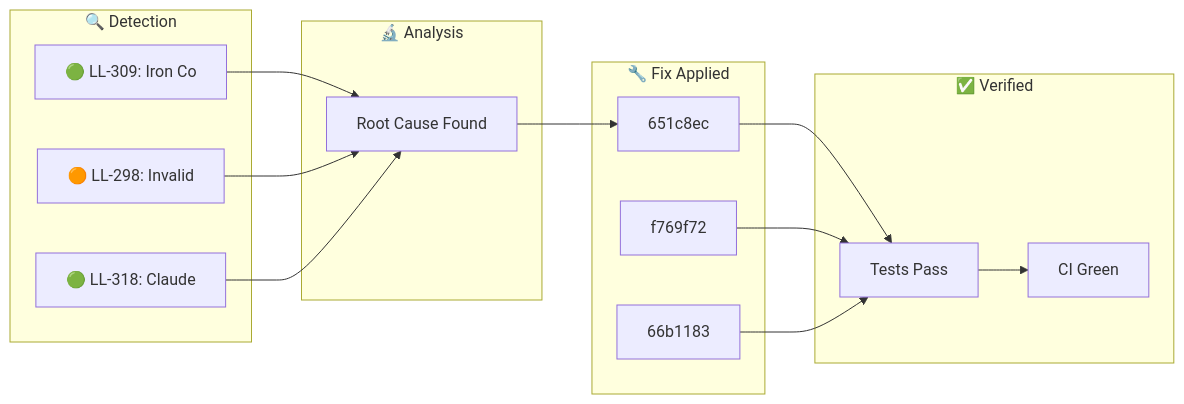
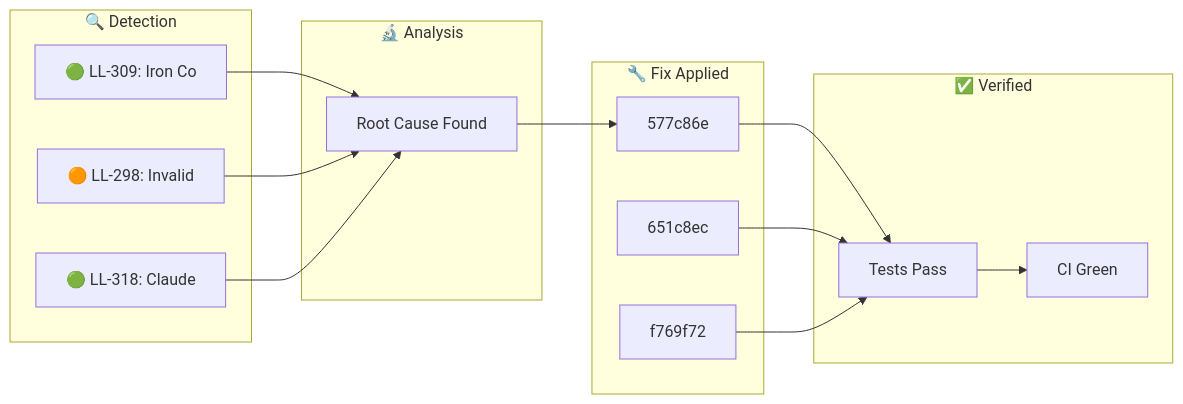
Before and after one commit to YoByron/trading: the diagram in docs/_posts/2026-01-29-ralph-discovery.md, drawn with Mermaid. The commit also changed other lines of this file, not shown here.

Commit message:
docs(ralph): Auto-publish discovery blog post

````diff
--- a/docs/_posts/2026-01-29-ralph-discovery.md
+++ b/docs/_posts/2026-01-29-ralph-discovery.md
@@ -17,28 +17,28 @@
 ```mermaid
 flowchart LR
     subgraph Detection["🔍 Detection"]
         D1["🟢 LL-309: Iron Co"]
         D2["🟠 LL-298: Invalid"]
         D3["🟢 LL-318: Claude "]
     end
     subgraph Analysis["🔬 Analysis"]
         A1["Root Cause Found"]
     end
     subgraph Fix["🔧 Fix Applied"]
-        F1["651c8ec"]
-        F2["f769f72"]
-        F3["66b1183"]
+        F1["577c86e"]
+        F2["651c8ec"]
+        F3["f769f72"]
     end
     subgraph Verify["✅ Verified"]
         V1["Tests Pass"]
         V2["CI Green"]
     end
     D1 --> A1
     D2 --> A1
     D3 --> A1
     A1 --> F1
     F1 --> V1
     F2 --> V1
     F3 --> V1
     V1 --> V2
 ```
````
